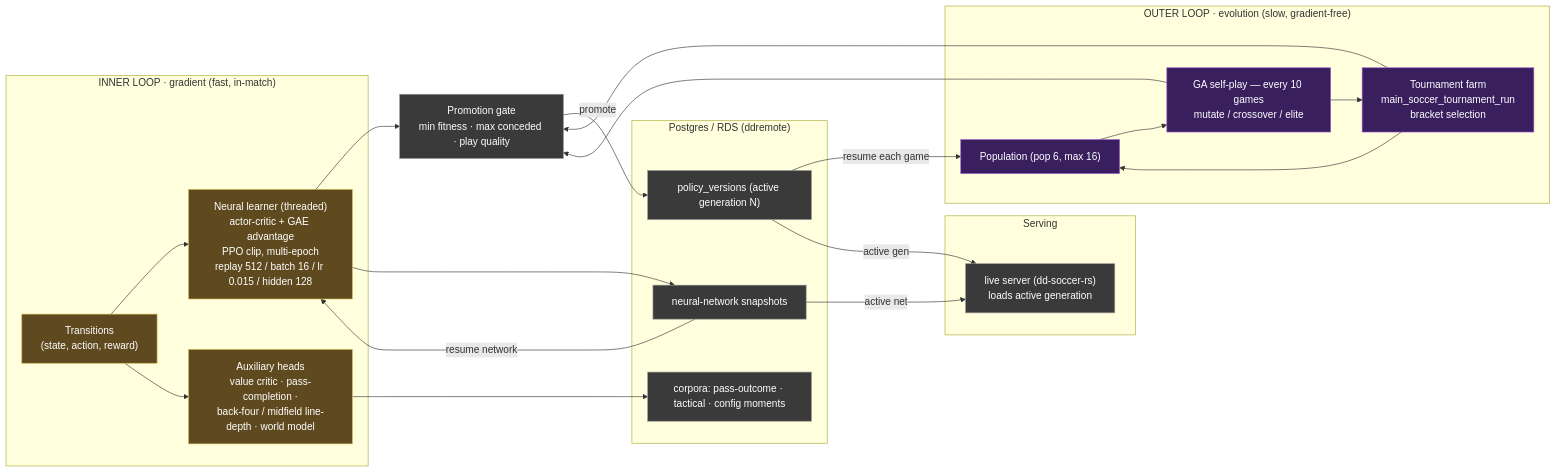
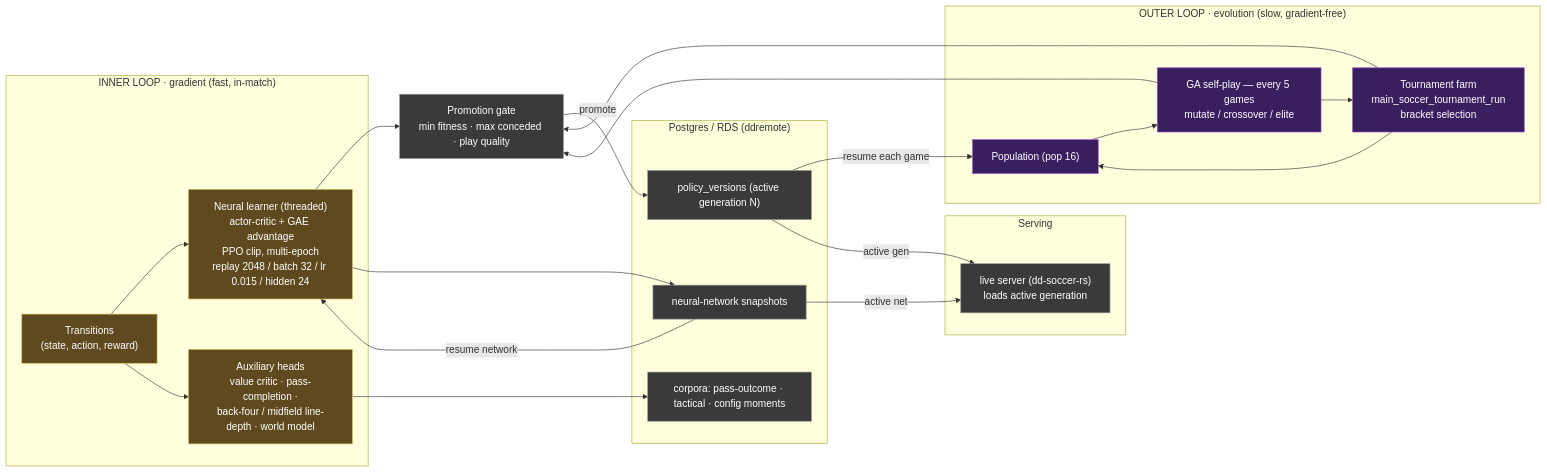
The second of 2 diagrams in docs/flowchart.md (akrion-sim/akrion-soccer-engine-rs), drawn with Mermaid before and after one commit. The commit also changed other lines of this file and 20 other files, not shown here.

````diff
--- a/docs/flowchart.md
+++ b/docs/flowchart.md
@@ -83,48 +83,48 @@
 ```mermaid
 flowchart LR
     subgraph INNER["INNER LOOP · gradient (fast, in-match)"]
         TRANS["Transitions<br/>(state, action, reward)"]
-        NEU["Neural learner (threaded)<br/>actor-critic + GAE advantage<br/>PPO clip, multi-epoch<br/>replay 512 / batch 16 / lr 0.015 / hidden 128"]
+        NEU["Neural learner (threaded)<br/>actor-critic + GAE advantage<br/>PPO clip, multi-epoch<br/>replay 2048 / batch 32 / lr 0.015 / hidden 24"]
         AUX["Auxiliary heads<br/>value critic · pass-completion ·<br/>back-four / midfield line-depth · world model"]
         TRANS --> NEU
         TRANS --> AUX
     end
 
     subgraph OUTER["OUTER LOOP · evolution (slow, gradient-free)"]
-        POP["Population (pop 6, max 16)"]
-        GA["GA self-play — every 10 games<br/>mutate / crossover / elite"]
+        POP["Population (pop 16)"]
+        GA["GA self-play — every 5 games<br/>mutate / crossover / elite"]
         TOUR["Tournament farm<br/>main_soccer_tournament_run<br/>bracket selection"]
         POP --> GA --> TOUR --> POP
     end
 
     GATE["Promotion gate<br/>min fitness · max conceded · play quality"]
     NEU --> GATE
     GA --> GATE
     TOUR --> GATE
 
     subgraph PG["Postgres / RDS (ddremote)"]
         PV["policy_versions (active generation N)"]
         NN["neural-network snapshots"]
         CORP["corpora: pass-outcome · tactical · config moments"]
     end
 
     GATE -->|promote| PV
     NEU --> NN
     AUX --> CORP
 
     subgraph SERVE["Serving"]
         LIVE["live server (dd-soccer-rs)<br/>loads active generation"]
     end
 
     PV -->|resume each game| POP
     NN -->|resume network| NEU
     PV -->|active gen| LIVE
     NN -->|active net| LIVE
 
     classDef nn fill:#5f4a1f,stroke:#d5b55b,color:#fff;
     classDef ga fill:#3a1f5f,stroke:#9b5bd5,color:#fff;
     classDef store fill:#3a3a3a,stroke:#999,color:#fff;
     class TRANS,NEU,AUX nn;
     class POP,GA,TOUR ga;
     class GATE,PV,NN,CORP,LIVE store;
 ```
````
